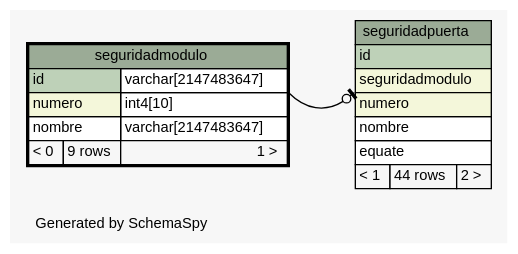
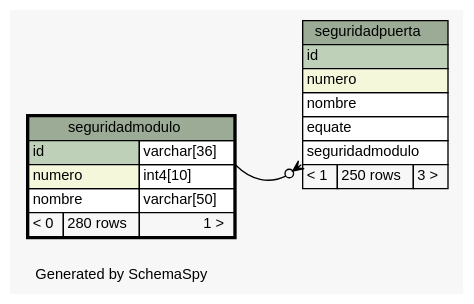
Before and after one commit to diegopablomansilla/massoftware_front: the diagram in postgresql/schemaSpy/salida/diagrams/seguridadmodulo.1degree.dot, drawn with Graphviz. The commit also changed 350 other files, not shown here.

```diff
--- a/postgresql/schemaSpy/salida/diagrams/seguridadmodulo.1degree.dot
+++ b/postgresql/schemaSpy/salida/diagrams/seguridadmodulo.1degree.dot
@@ -1,49 +1,49 @@
 // dot 2.2.1 on Windows 10 10.0
 // SchemaSpy rev 590
 digraph "oneDegreeRelationshipsDiagram" {
   graph [
     rankdir="RL"
     bgcolor="#f7f7f7"
     label="\nGenerated by SchemaSpy"
     labeljust="l"
     nodesep="0.18"
     ranksep="0.46"
     fontname="Helvetica"
     fontsize="11"
   ];
   node [
     fontname="Helvetica"
     fontsize="11"
     shape="plaintext"
   ];
   edge [
     arrowsize="0.8"
   ];
-  "seguridadpuerta":"seguridadmodulo":sw -> "seguridadmodulo":"id.type":se [arrowhead=none dir=back arrowtail=teeodot];
+  "seguridadpuerta":"seguridadmodulo":sw -> "seguridadmodulo":"id.type":se [arrowhead=none dir=back arrowtail=crowodot];
   "seguridadmodulo" [
     label=<
     <TABLE BORDER="2" CELLBORDER="1" CELLSPACING="0" BGCOLOR="#ffffff">
       <TR><TD COLSPAN="3" BGCOLOR="#9bab96" ALIGN="CENTER">seguridadmodulo</TD></TR>
-      <TR><TD PORT="id" COLSPAN="2" BGCOLOR="#bed1b8" ALIGN="LEFT">id</TD><TD PORT="id.type" ALIGN="LEFT">varchar[2147483647]</TD></TR>
+      <TR><TD PORT="id" COLSPAN="2" BGCOLOR="#bed1b8" ALIGN="LEFT">id</TD><TD PORT="id.type" ALIGN="LEFT">varchar[36]</TD></TR>
       <TR><TD PORT="numero" COLSPAN="2" BGCOLOR="#f4f7da" ALIGN="LEFT">numero</TD><TD PORT="numero.type" ALIGN="LEFT">int4[10]</TD></TR>
-      <TR><TD PORT="nombre" COLSPAN="2" ALIGN="LEFT">nombre</TD><TD PORT="nombre.type" ALIGN="LEFT">varchar[2147483647]</TD></TR>
-      <TR><TD ALIGN="LEFT" BGCOLOR="#f7f7f7">&lt; 0</TD><TD ALIGN="RIGHT" BGCOLOR="#f7f7f7">9 rows</TD><TD ALIGN="RIGHT" BGCOLOR="#f7f7f7">1 &gt;</TD></TR>
+      <TR><TD PORT="nombre" COLSPAN="2" ALIGN="LEFT">nombre</TD><TD PORT="nombre.type" ALIGN="LEFT">varchar[50]</TD></TR>
+      <TR><TD ALIGN="LEFT" BGCOLOR="#f7f7f7">&lt; 0</TD><TD ALIGN="RIGHT" BGCOLOR="#f7f7f7">280 rows</TD><TD ALIGN="RIGHT" BGCOLOR="#f7f7f7">1 &gt;</TD></TR>
     </TABLE>>
     URL="seguridadmodulo.html"
     tooltip="seguridadmodulo"
   ];
   "seguridadpuerta" [
     label=<
     <TABLE BORDER="0" CELLBORDER="1" CELLSPACING="0" BGCOLOR="#ffffff">
       <TR><TD COLSPAN="3" BGCOLOR="#9bab96" ALIGN="CENTER">seguridadpuerta</TD></TR>
       <TR><TD PORT="id" COLSPAN="3" BGCOLOR="#bed1b8" ALIGN="LEFT">id</TD></TR>
-      <TR><TD PORT="seguridadmodulo" COLSPAN="3" BGCOLOR="#f4f7da" ALIGN="LEFT">seguridadmodulo</TD></TR>
       <TR><TD PORT="numero" COLSPAN="3" BGCOLOR="#f4f7da" ALIGN="LEFT">numero</TD></TR>
       <TR><TD PORT="nombre" COLSPAN="3" ALIGN="LEFT">nombre</TD></TR>
       <TR><TD PORT="equate" COLSPAN="3" ALIGN="LEFT">equate</TD></TR>
-      <TR><TD ALIGN="LEFT" BGCOLOR="#f7f7f7">&lt; 1</TD><TD ALIGN="RIGHT" BGCOLOR="#f7f7f7">44 rows</TD><TD ALIGN="RIGHT" BGCOLOR="#f7f7f7">2 &gt;</TD></TR>
+      <TR><TD PORT="seguridadmodulo" COLSPAN="3" ALIGN="LEFT">seguridadmodulo</TD></TR>
+      <TR><TD ALIGN="LEFT" BGCOLOR="#f7f7f7">&lt; 1</TD><TD ALIGN="RIGHT" BGCOLOR="#f7f7f7">250 rows</TD><TD ALIGN="RIGHT" BGCOLOR="#f7f7f7">3 &gt;</TD></TR>
     </TABLE>>
     URL="seguridadpuerta.html"
     tooltip="seguridadpuerta"
   ];
 }
```
